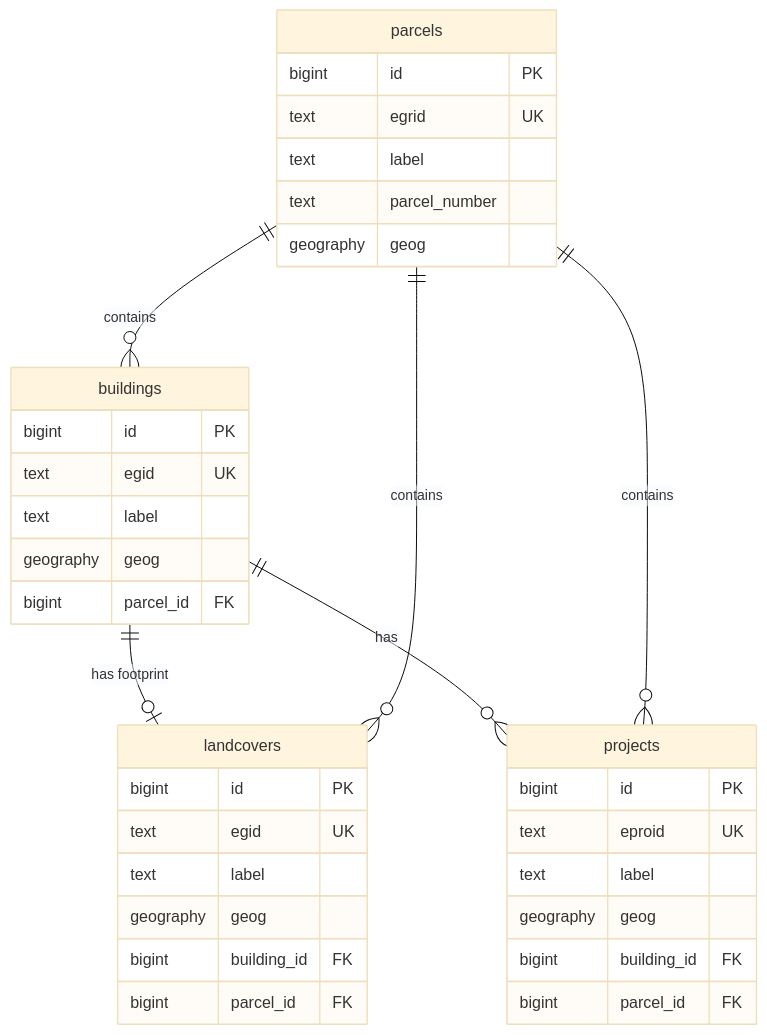
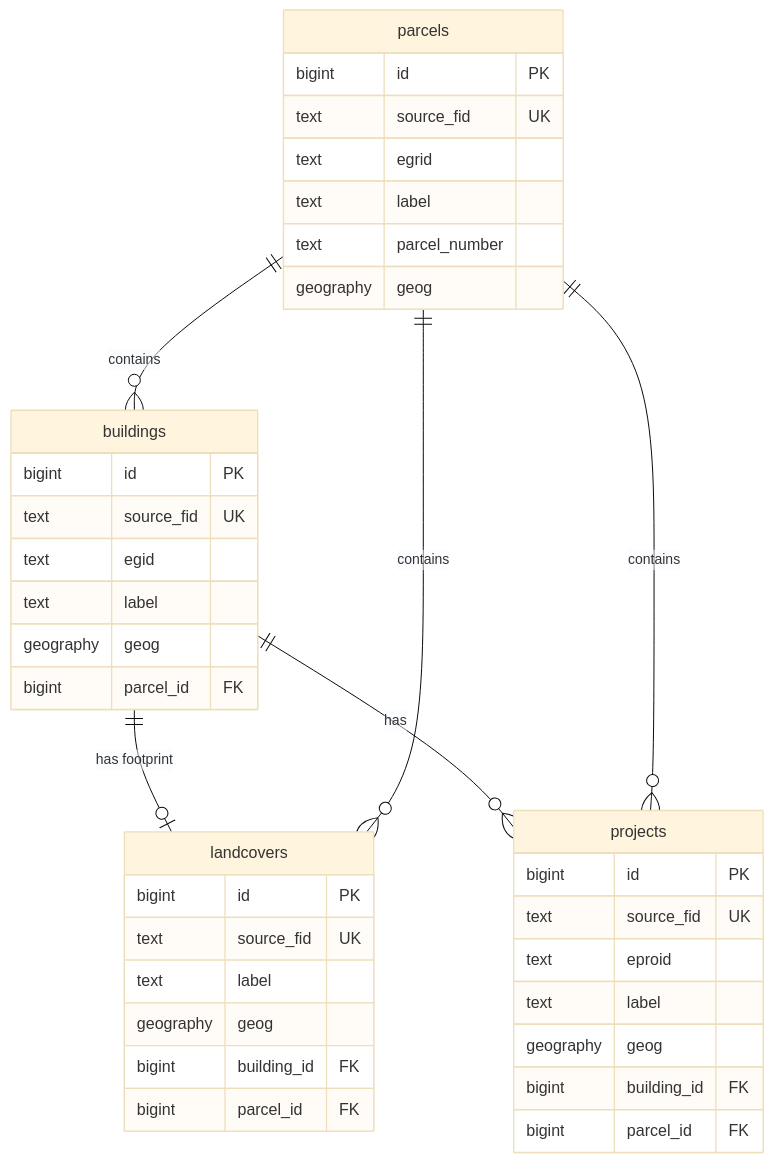
The diagram in documentation/DATAMODEL.md (davras5/OpenBuildings), drawn with Mermaid (base theme) before and after one commit. The commit also changed other lines of this file, not shown here.

First line of the commit message:
Update DATAMODEL.md to use source_fid as unique key

````diff
--- a/documentation/DATAMODEL.md
+++ b/documentation/DATAMODEL.md
@@ -21,42 +23,45 @@
 ```mermaid
 erDiagram
     parcels ||--o{ buildings : "contains"
     buildings ||--o| landcovers : "has footprint"
     parcels ||--o{ landcovers : "contains"
     buildings ||--o{ projects : "has"
     parcels ||--o{ projects : "contains"
 
     buildings {
         bigint id PK
-        text egid UK
+        text source_fid UK
+        text egid
         text label
         geography geog
         bigint parcel_id FK
     }
 
     parcels {
         bigint id PK
-        text egrid UK
+        text source_fid UK
+        text egrid
         text label
         text parcel_number
         geography geog
     }
 
     landcovers {
         bigint id PK
-        text egid UK
+        text source_fid UK
         text label
         geography geog
         bigint building_id FK
         bigint parcel_id FK
     }
 
     projects {
         bigint id PK
-        text eproid UK
+        text source_fid UK
+        text eproid
         text label
         geography geog
         bigint building_id FK
         bigint parcel_id FK
     }
 ```
````
